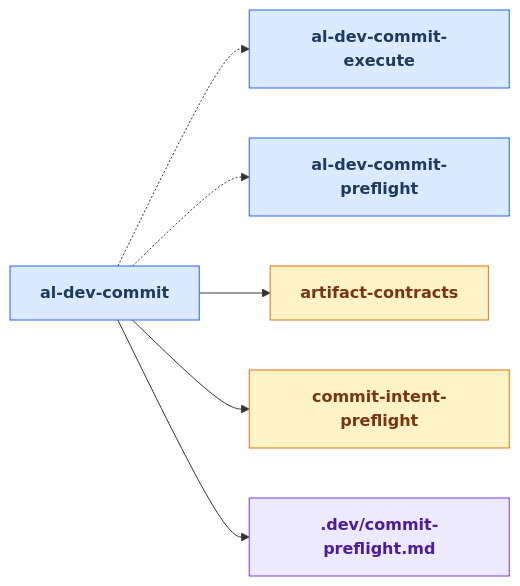
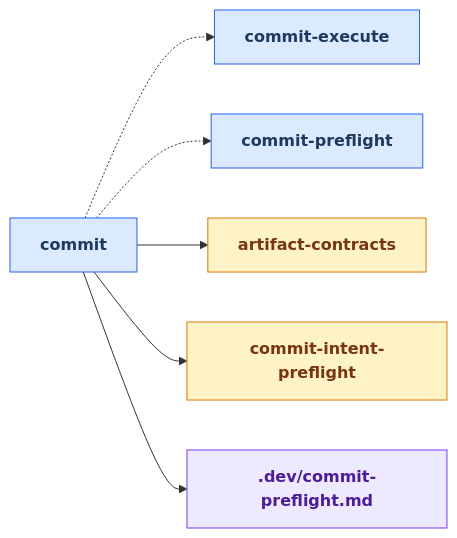
Diagram 13 of 24 in docs/skills_map.md (russell-laing/al-dev-shared), drawn with Mermaid before and after one commit. The commit also changed other lines of this file and 8 other files, not shown here.

````diff
--- a/docs/skills_map.md
+++ b/docs/skills_map.md
@@ -678,28 +686,28 @@
 ```mermaid
 flowchart LR
     classDef skillNode fill:#dbeafe,stroke:#2563eb,color:#1e3a5f,font-weight:bold
     classDef agentNode fill:#d1fae5,stroke:#059669,color:#064e3b,font-weight:bold
     classDef knowledgeNode fill:#fef3c7,stroke:#d97706,color:#78350f,font-weight:bold
     classDef artifactNode fill:#ede9fe,stroke:#7c3aed,color:#4c1d95,font-weight:bold
     classDef phaseNode fill:#e0e7ff,stroke:#6366f1,color:#312e81,font-weight:bold
 
-    skill_al_dev_commit[al-dev-commit]
-    skill_al_dev_commit_execute[al-dev-commit-execute]
-    skill_al_dev_commit_preflight[al-dev-commit-preflight]
+    skill_commit[commit]
+    skill_commit_execute[commit-execute]
+    skill_commit_preflight[commit-preflight]
     knowledge_artifact_contracts_md[artifact-contracts]
     knowledge_commit_intent_preflight_md[commit-intent-preflight]
     artifact_commit_preflight_md[.dev/commit-preflight.md]
 
-    skill_al_dev_commit -.-> skill_al_dev_commit_execute
-    skill_al_dev_commit -.-> skill_al_dev_commit_preflight
-    skill_al_dev_commit --> knowledge_artifact_contracts_md
-    skill_al_dev_commit --> knowledge_commit_intent_preflight_md
-    skill_al_dev_commit --> artifact_commit_preflight_md
+    skill_commit -.-> skill_commit_execute
+    skill_commit -.-> skill_commit_preflight
+    skill_commit --> knowledge_artifact_contracts_md
+    skill_commit --> knowledge_commit_intent_preflight_md
+    skill_commit --> artifact_commit_preflight_md
 
-    class skill_al_dev_commit skillNode
-    class skill_al_dev_commit_execute skillNode
-    class skill_al_dev_commit_preflight skillNode
+    class skill_commit skillNode
+    class skill_commit_execute skillNode
+    class skill_commit_preflight skillNode
     class knowledge_artifact_contracts_md knowledgeNode
     class knowledge_commit_intent_preflight_md knowledgeNode
     class artifact_commit_preflight_md artifactNode
 ```
````
